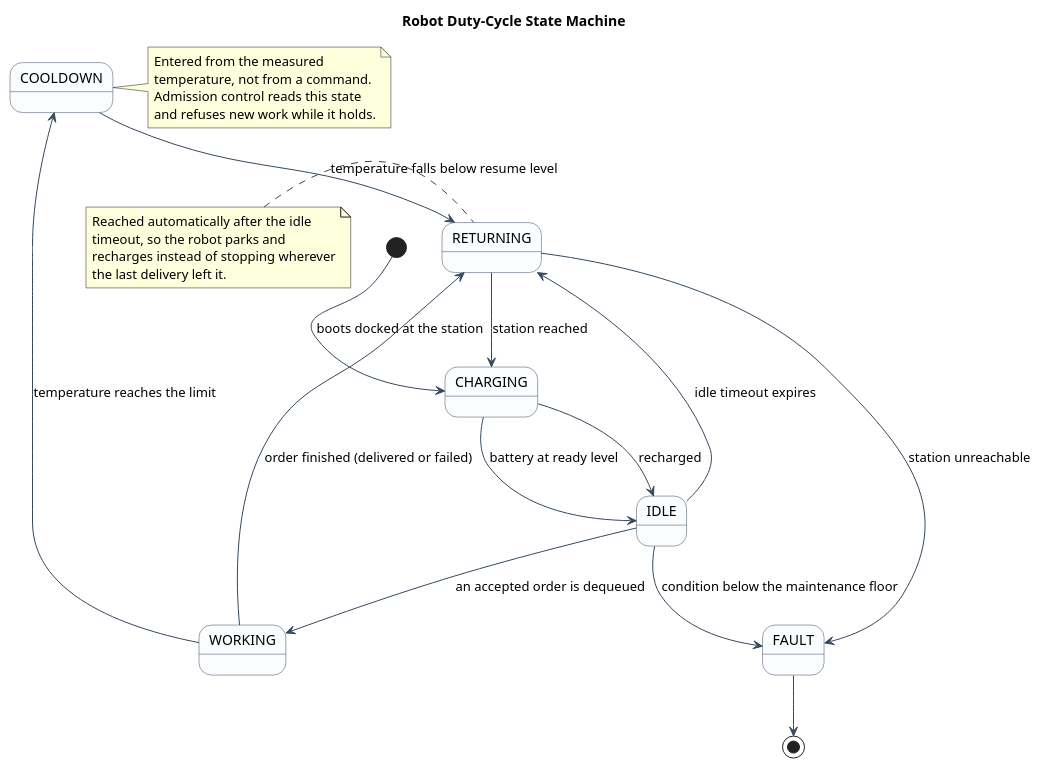
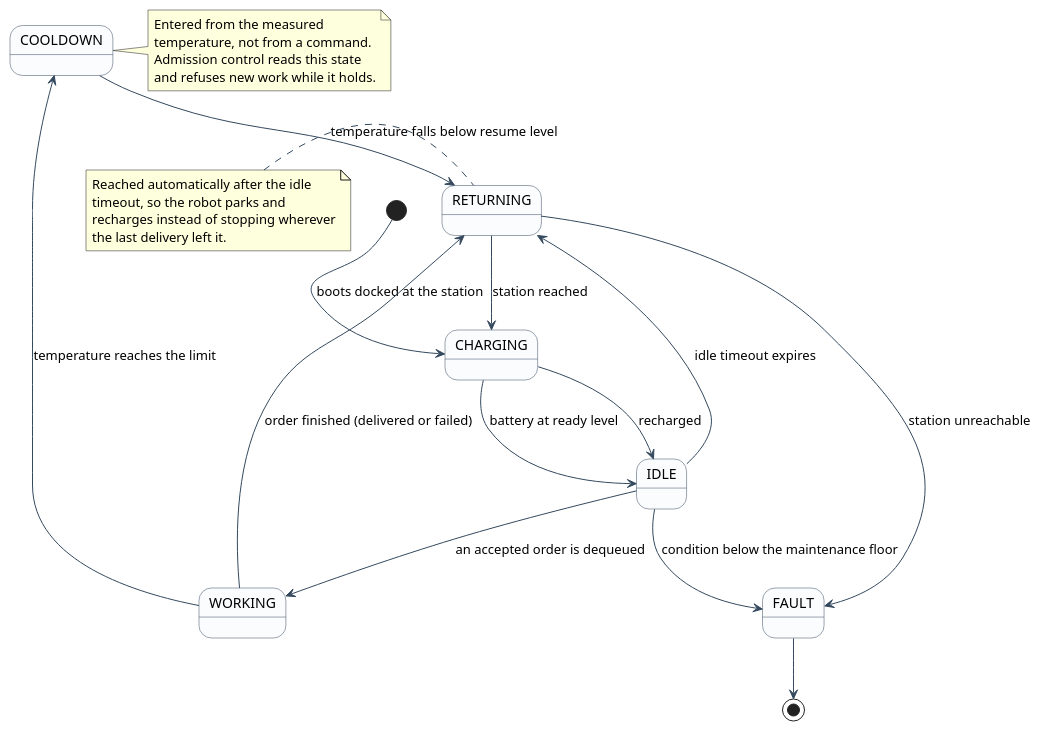
One commit to ArianShafagh/robofetch changed the diagram in report/uml/04-state-duty-cycle.puml. Above: the diagram before and after it, drawn with PlantUML. The commit also changed 24 other files, not shown here.

First line of the commit message:
Diagrams: drop the titles and the prose, explain them in the report instead

```diff
--- a/report/uml/04-state-duty-cycle.puml
+++ b/report/uml/04-state-duty-cycle.puml
@@ -7,40 +7,39 @@
 @startuml
 skinparam backgroundColor White
 skinparam shadowing false
 skinparam state {
   BackgroundColor #FBFCFE
   BorderColor #34495E
   ArrowColor #34495E
 }
 
-title Robot Duty-Cycle State Machine
 
 [*] --> CHARGING : boots docked at the station
 
 CHARGING --> IDLE : battery at ready level
 IDLE --> WORKING : an accepted order is dequeued
 IDLE --> RETURNING : idle timeout expires
 WORKING --> RETURNING : order finished (delivered or failed)
 WORKING --> COOLDOWN : temperature reaches the limit
 COOLDOWN --> RETURNING : temperature falls below resume level
 RETURNING --> CHARGING : station reached
 RETURNING --> FAULT : station unreachable
 CHARGING --> IDLE : recharged
 IDLE --> FAULT : condition below the maintenance floor
 FAULT --> [*]
 
 note right of COOLDOWN
   Entered from the measured
   temperature, not from a command.
   Admission control reads this state
   and refuses new work while it holds.
 end note
 
 note left of RETURNING
   Reached automatically after the idle
   timeout, so the robot parks and
   recharges instead of stopping wherever
   the last delivery left it.
 end note
 
 @enduml
```
